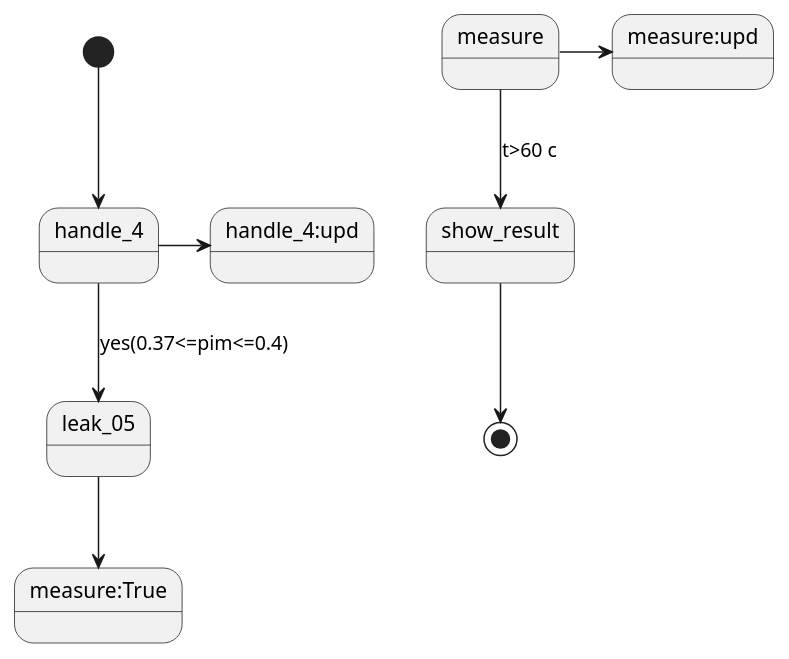
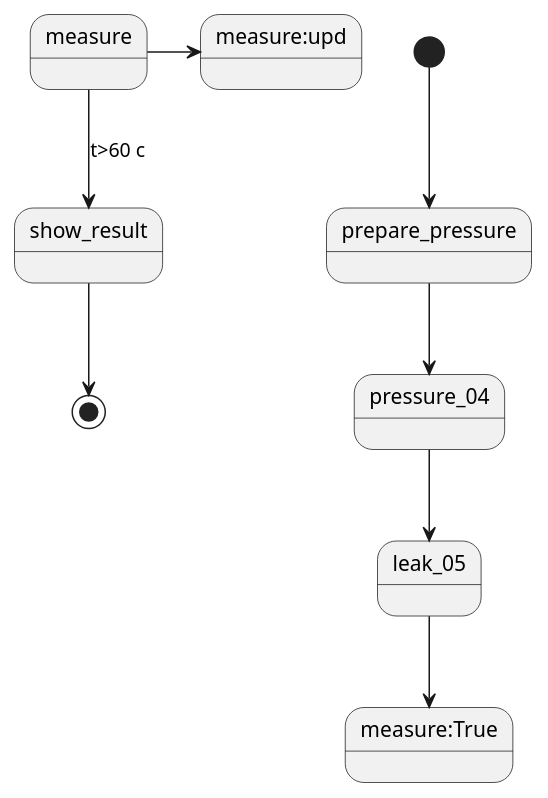
One commit to Alser69rus/A3135 changed the diagram in uml/ku 215/sensitivity.puml. Above: the diagram before and after it, drawn with PlantUML. The commit also changed 9 other files, not shown here.

Commit message:
uml для КУ

```diff
--- a/uml/ku 215/sensitivity.puml
+++ b/uml/ku 215/sensitivity.puml
@@ -1,9 +1,9 @@
 @startuml
-[*]-->handle_4
-handle_4-->leak_05:yes(0.37<=pim<=0.4)
-handle_4->handle_4:upd
+[*]-->prepare_pressure
+prepare_pressure-->pressure_04
+pressure_04-->leak_05
 leak_05-->measure:True
 measure->measure:upd
 measure-->show_result:t>60 c
 show_result-->[*]
 @enduml
```
